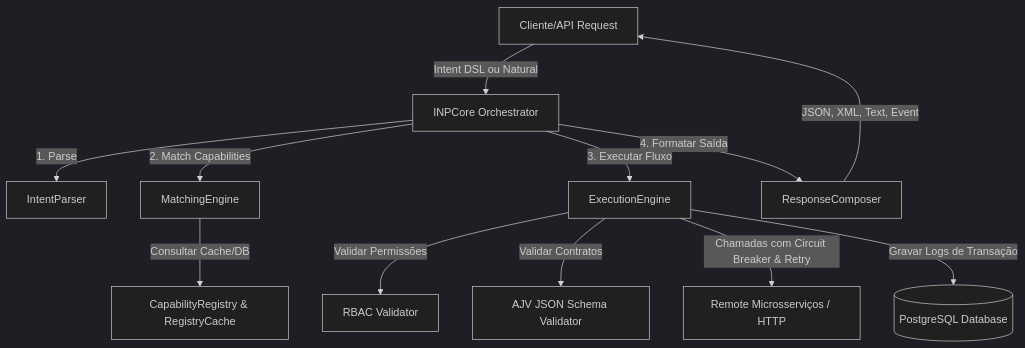
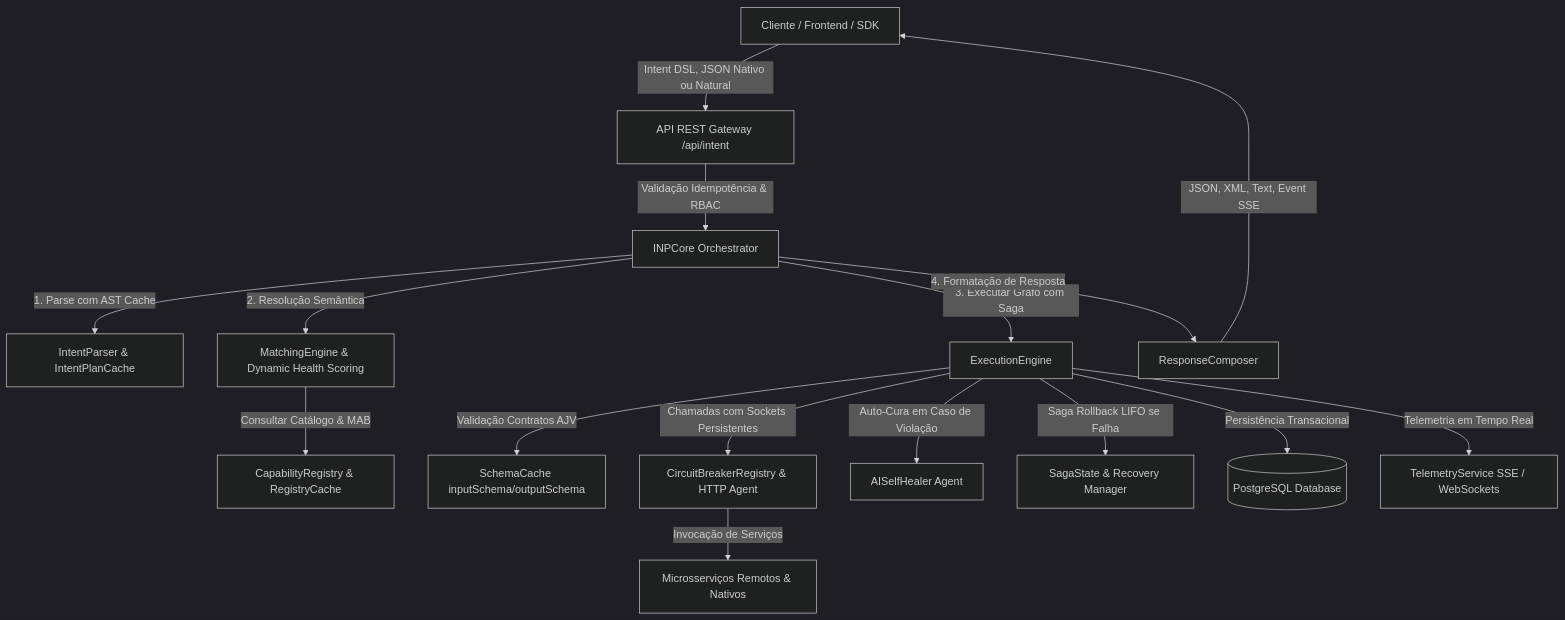
The first of 2 diagrams in README.md (DevBernaldino-Fernandes/INP-Protoco), drawn with Mermaid (dark theme) before and after one commit. The commit also changed other lines of this file and 70 other files, not shown here.

````diff
--- a/README.md
+++ b/README.md
@@ -13,14 +13,18 @@
 ```mermaid
 graph TD
-    Client[Cliente/API Request] -->|Intent DSL ou Natural| Core[INPCore Orchestrator]
-    Core -->|1. Parse| Parser[IntentParser]
-    Core -->|2. Match Capabilities| Matching[MatchingEngine]
-    Matching -->|Consultar Cache/DB| Registry[CapabilityRegistry & RegistryCache]
-    Core -->|3. Executar Fluxo| Exec[ExecutionEngine]
-    Exec -->|Validar Permissões| Security[RBAC Validator]
-    Exec -->|Validar Contratos| Validation[AJV JSON Schema Validator]
-    Exec -->|Chamadas com Circuit Breaker & Retry| Services[Remote Microsserviços / HTTP]
-    Exec -->|Gravar Logs de Transação| DB[(PostgreSQL Database)]
-    Core -->|4. Formatar Saída| Composer[ResponseComposer]
-    Composer -->|JSON, XML, Text, Event| Client
+    Client[Cliente / Frontend / SDK] -->|Intent DSL, JSON Nativo ou Natural| Gateway[API REST Gateway /api/intent]
+    Gateway -->|Validação Idempotência & RBAC| Core[INPCore Orchestrator]
+    Core -->|1. Parse com AST Cache| Parser[IntentParser & IntentPlanCache]
+    Core -->|2. Resolução Semântica| Matching[MatchingEngine & Dynamic Health Scoring]
+    Matching -->|Consultar Catálogo & MAB| Registry[CapabilityRegistry & RegistryCache]
+    Core -->|3. Executar Grafo com Saga| Exec[ExecutionEngine]
+    Exec -->|Validação Contratos AJV| Validation[SchemaCache inputSchema/outputSchema]
+    Exec -->|Chamadas com Sockets Persistentes| Breaker[CircuitBreakerRegistry & HTTP Agent]
+    Breaker -->|Invocação de Serviços| Services[Microsserviços Remotos & Nativos]
+    Exec -->|Auto-Cura em Caso de Violação| AIHealer[AISelfHealer Agent]
+    Exec -->|Saga Rollback LIFO se Falha| Saga[SagaState & Recovery Manager]
+    Exec -->|Persistência Transacional| DB[(PostgreSQL Database)]
+    Exec -->|Telemetria em Tempo Real| Telemetry[TelemetryService SSE / WebSockets]
+    Core -->|4. Formatação de Resposta| Composer[ResponseComposer]
+    Composer -->|JSON, XML, Text, Event SSE| Client
 ```
````
